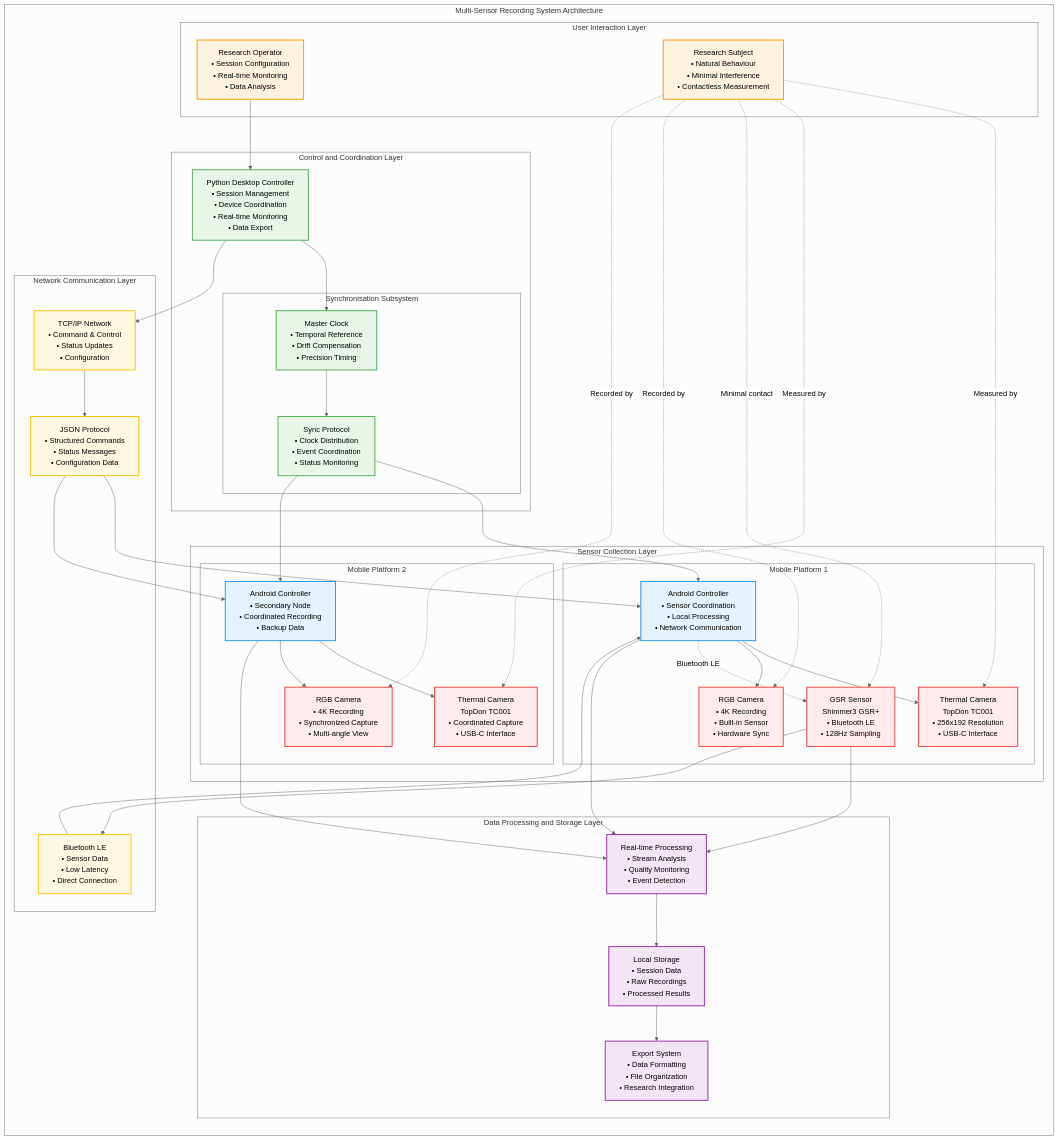
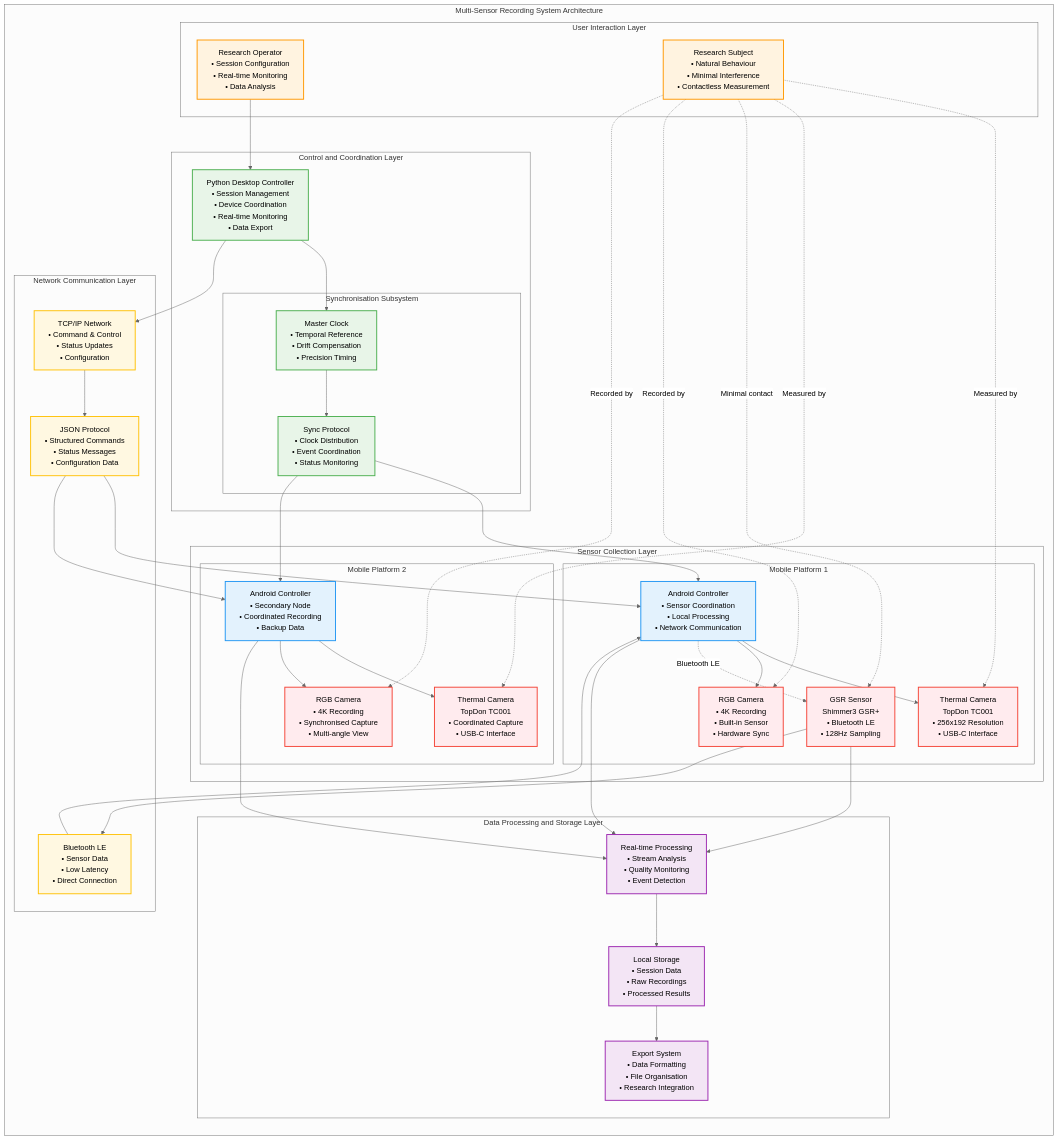
Before and after one commit to buccancs/fyp-multi-sensor-recording-system: the sixth of 19 diagrams in docs/diagrams/missing_diagrams_generated.md, drawn with Mermaid (neutral theme). The commit also changed other lines of this file and 46 other files, not shown here.

```diff
--- a/docs/diagrams/missing_diagrams_generated.md
+++ b/docs/diagrams/missing_diagrams_generated.md
@@ -329,14 +329,14 @@
             subgraph MOBILE_PLATFORM_2 ["Mobile Platform 2"]
                 ANDROID_APP_2["Android Controller<br/>• Secondary Node<br/>• Coordinated Recording<br/>• Backup Data"]
                 THERMAL_CAM_2["Thermal Camera<br/>TopDon TC001<br/>• Coordinated Capture<br/>• USB-C Interface"]
-                VIDEO_CAM_2["RGB Camera<br/>• 4K Recording<br/>• Synchronized Capture<br/>• Multi-angle View"]
+                VIDEO_CAM_2["RGB Camera<br/>• 4K Recording<br/>• Synchronised Capture<br/>• Multi-angle View"]
             end
         end
         
         subgraph DATA_LAYER ["Data Processing and Storage Layer"]
             REAL_TIME_PROC["Real-time Processing<br/>• Stream Analysis<br/>• Quality Monitoring<br/>• Event Detection"]
             LOCAL_STORAGE["Local Storage<br/>• Session Data<br/>• Raw Recordings<br/>• Processed Results"]
-            EXPORT_SYSTEM["Export System<br/>• Data Formatting<br/>• File Organization<br/>• Research Integration"]
+            EXPORT_SYSTEM["Export System<br/>• Data Formatting<br/>• File Organisation<br/>• Research Integration"]
         end
         
         subgraph NETWORK_LAYER ["Network Communication Layer"]
```
